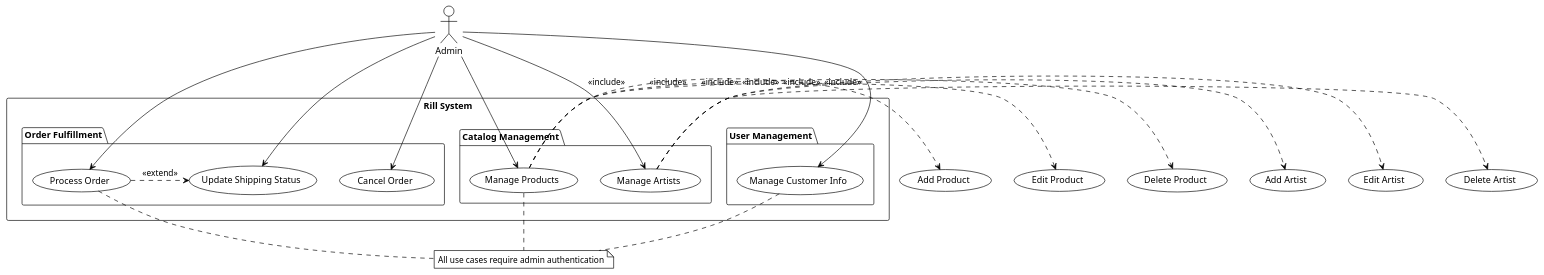
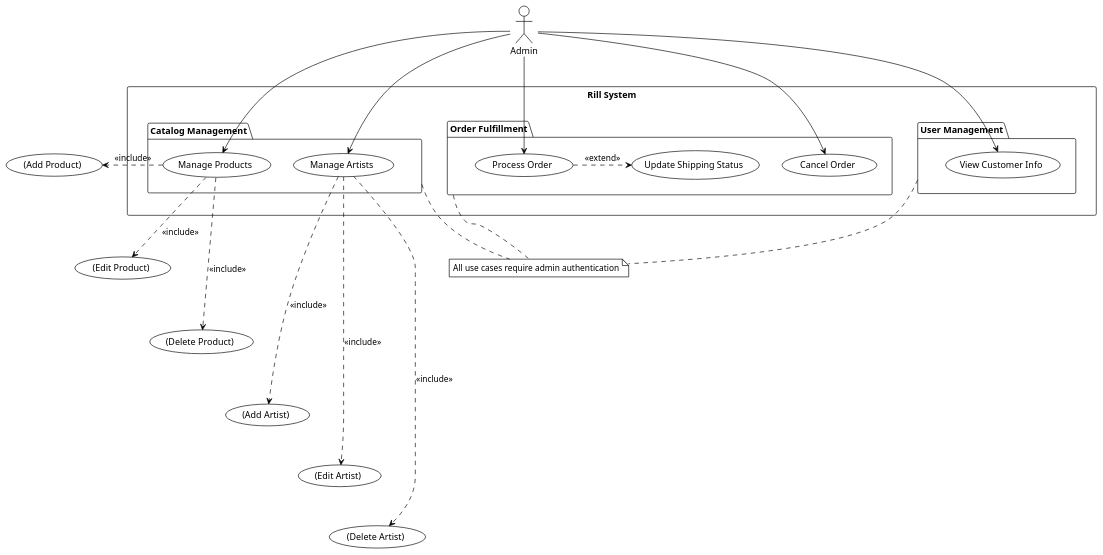
One commit to mttk2004/rill-system changed the diagram in use-case/detailed/uc-3-admin-functions.puml. Above: the diagram before and after it, drawn with PlantUML. The commit also changed 9 other files, not shown here.

Commit message:
refactor: refine all diagrams

```diff
--- a/use-case/detailed/uc-3-admin-functions.puml
+++ b/use-case/detailed/uc-3-admin-functions.puml
@@ -1,52 +1,64 @@
-@startuml "UC-3: Admin Functions"
-' Layout improvement for better organization
-
+@startuml "UC-3: Admin Functions - Final Clean Layout"
 !theme plain
 
 actor Admin
 
+' --- 1. ĐỊNH NGHĨA CÁC PHẦN TỬ ---
 rectangle "Rill System" {
-
   package "Catalog Management" {
-    usecase "Manage Products" as UC6
-    usecase "Manage Artists" as UC6b
+    usecase "Manage Products" as UC_Products
+    usecase "Manage Artists" as UC_Artists
   }
-
   package "Order Fulfillment" {
-    usecase "Process Order" as UC9
-    usecase "Update Shipping Status" as UC10
-    usecase "Cancel Order" as UC11
+    usecase "Process Order" as UC_Process
+    usecase "Update Shipping Status" as UC_UpdateStatus
+    usecase "Cancel Order" as UC_Cancel
   }
-
   package "User Management" {
-    usecase "Manage Customer Info" as UC13
+    usecase "View Customer Info" as UC_Users
   }
 }
 
-' Positioning and relationships
-Admin -down-> UC6
-Admin -down-> UC6b
-Admin -down-> UC9
-Admin -down-> UC10
-Admin -down-> UC11
-Admin -down-> UC13
+usecase "(Add Product)" as AddProd
+usecase "(Edit Product)" as EditProd
+usecase "(Delete Product)" as DelProd
+usecase "(Add Artist)" as AddArtist
+usecase "(Edit Artist)" as EditArtist
+usecase "(Delete Artist)" as DelArtist
 
-' Logical flow in Order Fulfillment
-UC9 .right.> UC10 : <<extend>>
+' --- 2. SẮP XẾP BỐ CỤC BẰNG LIÊN KẾT ẨN (SỬA LỖI TẠI ĐÂY) ---
+' Thay vì nhóm, ta nối phần tử cuối của package trước với phần tử đầu của package sau
+UC_Artists -[hidden]right- UC_Process
+UC_Cancel -[hidden]right- UC_Users
 
-' Breakdown of Product Management
-UC6 .> (Add Product) : <<include>>
-UC6 .> (Edit Product) : <<include>>
-UC6 .> (Delete Product) : <<include>>
+' Sắp xếp các use case con thành cột bên phải
+UC_Products -[hidden]right- AddProd
+AddProd -[hidden]down- EditProd
+EditProd -[hidden]down- DelProd
+DelProd -[hidden]down- AddArtist
+AddArtist -[hidden]down- EditArtist
+EditArtist -[hidden]down- DelArtist
 
-' Breakdown of Artist Management
-UC6b .> (Add Artist) : <<include>>
-UC6b .> (Edit Artist) : <<include>>
-UC6b .> (Delete Artist) : <<include>>
+' --- 3. VẼ CÁC MỐI QUAN HỆ HỢP LỆ ---
+Admin --> UC_Products
+Admin --> UC_Artists
+Admin --> UC_Process
+Admin --> UC_Cancel
+Admin --> UC_Users
 
-note "All use cases require admin authentication" as N1
-UC6 .. N1
-UC9 .. N1
-UC13 .. N1
+UC_Process .right.> UC_UpdateStatus : <<extend>>
+
+UC_Products .right.> AddProd   : <<include>>
+UC_Products .right.> EditProd  : <<include>>
+UC_Products .right.> DelProd   : <<include>>
+UC_Artists .right.> AddArtist : <<include>>
+UC_Artists .right.> EditArtist: <<include>>
+UC_Artists .right.> DelArtist : <<include>>
+
+' --- 4. GHI CHÚ ---
+note "All use cases require admin authentication" as AuthNote
+(Catalog Management) .. AuthNote
+(Order Fulfillment) .. AuthNote
+(User Management) .. AuthNote
 
 @enduml
```
